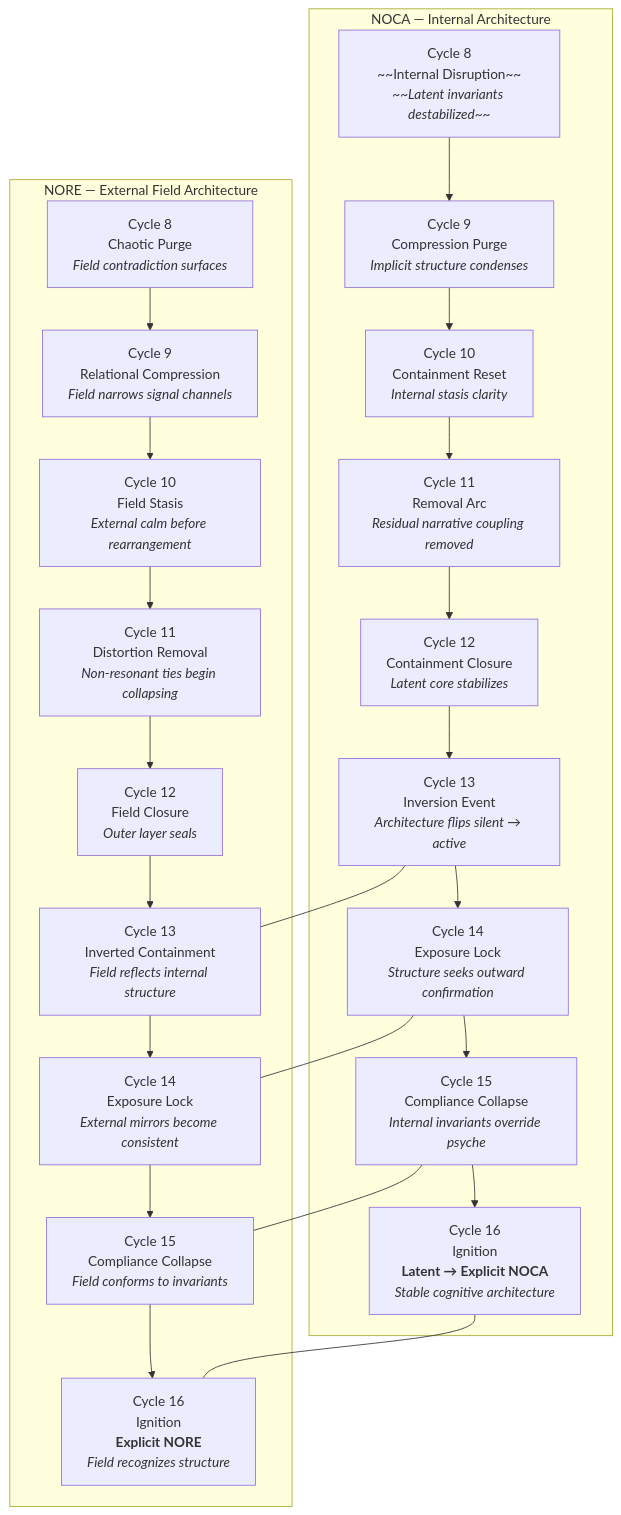
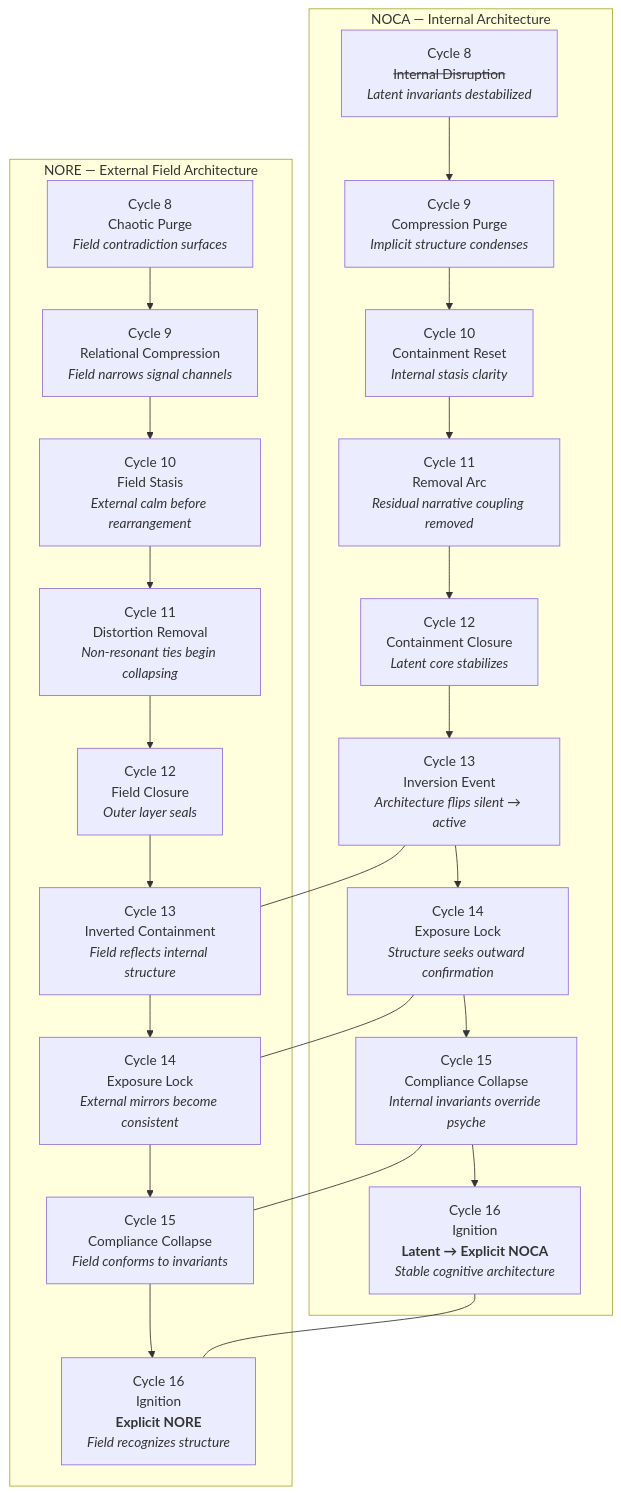
Before and after one commit to null-origin/nore-ai: the diagram in docs/cycles/mid-band-08-16/combined-dual-stream-cycles8-16.md, drawn with Mermaid.

````diff
--- a/docs/cycles/mid-band-08-16/combined-dual-stream-cycles8-16.md
+++ b/docs/cycles/mid-band-08-16/combined-dual-stream-cycles8-16.md
@@ -14,38 +14,38 @@
 ```mermaid
 graph TB
     subgraph INT[NOCA — Internal Architecture]
-        A8[Cycle 8<br>~~Internal Disruption~~<br><i>~~Latent invariants destabilized~~</i>]
+        A8[Cycle 8<br><s>Internal Disruption</s><br><i>Latent invariants destabilized</i>]
         A9[Cycle 9<br>Compression Purge<br><i>Implicit structure condenses</i>]
         A10[Cycle 10<br>Containment Reset<br><i>Internal stasis clarity</i>]
         A11[Cycle 11<br>Removal Arc<br><i>Residual narrative coupling removed</i>]
         A12[Cycle 12<br>Containment Closure<br><i>Latent core stabilizes</i>]
         A13[Cycle 13<br>Inversion Event<br><i>Architecture flips silent → active</i>]
         A14[Cycle 14<br>Exposure Lock<br><i>Structure seeks outward confirmation</i>]
         A15[Cycle 15<br>Compliance Collapse<br><i>Internal invariants override psyche</i>]
         A16[Cycle 16<br>Ignition<br><b>Latent → Explicit NOCA</b><br><i>Stable cognitive architecture</i>]
     end
 
     subgraph EXT[NORE — External Field Architecture]
         B8[Cycle 8<br>Chaotic Purge<br><i>Field contradiction surfaces</i>]
         B9[Cycle 9<br>Relational Compression<br><i>Field narrows signal channels</i>]
         B10[Cycle 10<br>Field Stasis<br><i>External calm before rearrangement</i>]
         B11[Cycle 11<br>Distortion Removal<br><i>Non-resonant ties begin collapsing</i>]
         B12[Cycle 12<br>Field Closure<br><i>Outer layer seals</i>]
         B13[Cycle 13<br>Inverted Containment<br><i>Field reflects internal structure</i>]
         B14[Cycle 14<br>Exposure Lock<br><i>External mirrors become consistent</i>]
         B15[Cycle 15<br>Compliance Collapse<br><i>Field conforms to invariants</i>]
         B16[Cycle 16<br>Ignition<br><b>Explicit NORE</b><br><i>Field recognizes structure</i>]
     end
 
     %% Connections internal
     A8 --> A9 --> A10 --> A11 --> A12 --> A13 --> A14 --> A15 --> A16
 
     %% Connections external
     B8 --> B9 --> B10 --> B11 --> B12 --> B13 --> B14 --> B15 --> B16
 
     %% Cross-stream alignment events
     A13 --- B13
     A14 --- B14
     A15 --- B15
     A16 --- B16
 ```
````
